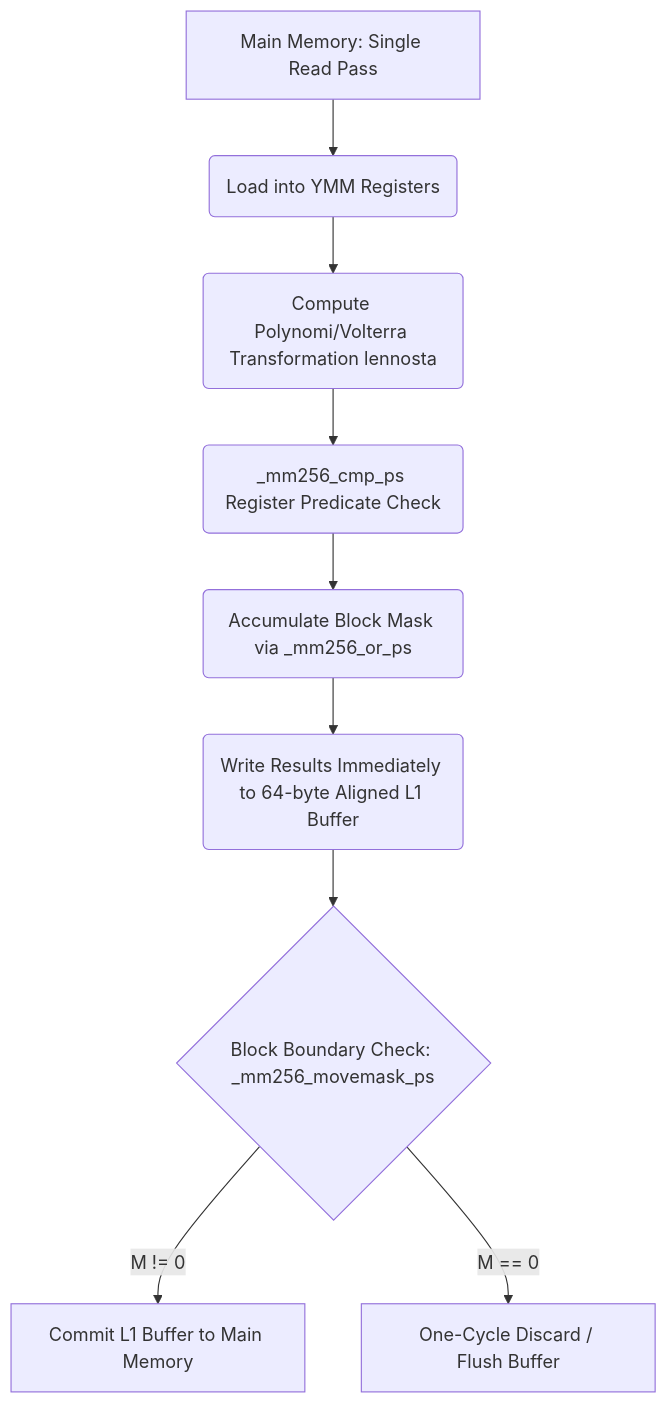
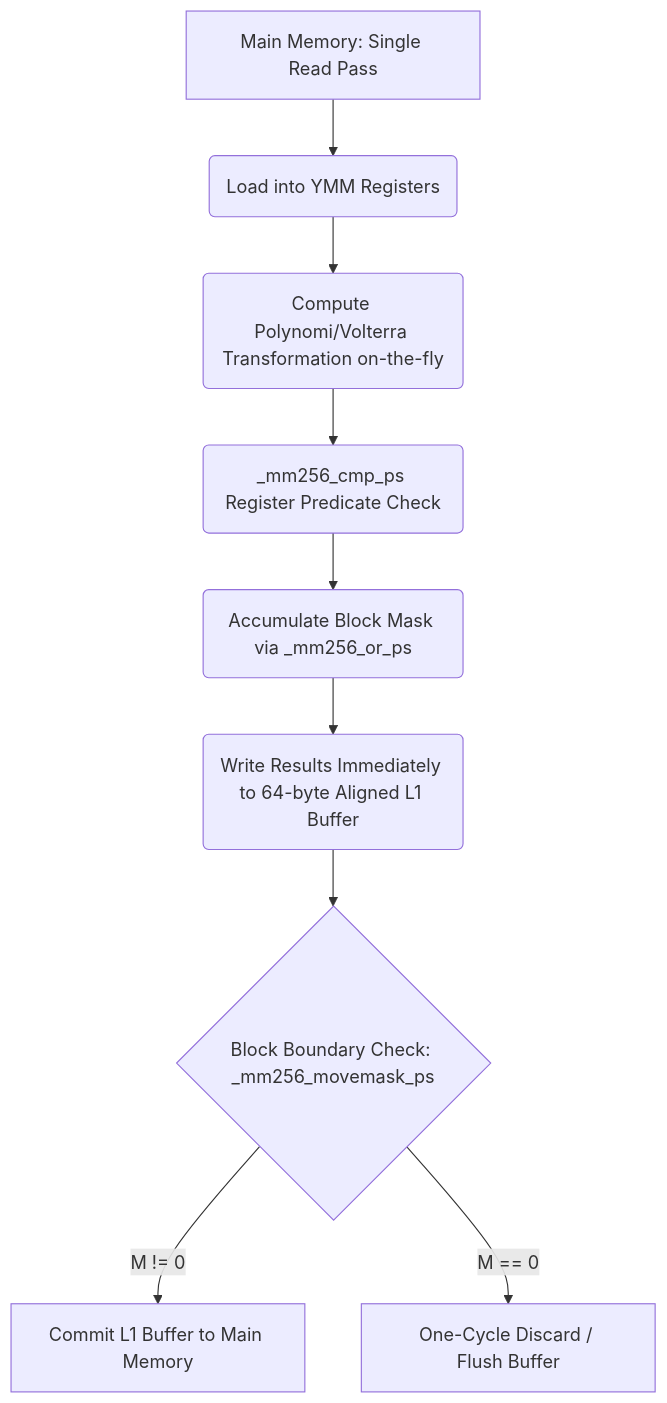
One commit to JuhoArtturiHemminki/PIR7 changed the diagram in README.md. Above: the diagram before and after it, drawn with Mermaid. The commit also changed other lines of this file, not shown here.

````diff
--- a/README.md
+++ b/README.md
@@ -57,11 +57,11 @@
 ```mermaid
 graph TD
     A[Main Memory: Single Read Pass] --> B(Load into YMM Registers)
-    B --> C(Compute Polynomi/Volterra Transformation lennosta)
+    B --> C(Compute Polynomi/Volterra Transformation on-the-fly)
     C --> D(_mm256_cmp_ps Register Predicate Check)
     D --> E(Accumulate Block Mask via _mm256_or_ps)
     E --> F(Write Results Immediately to 64-byte Aligned L1 Buffer)
     F --> G{Block Boundary Check: _mm256_movemask_ps}
     G -- M != 0 --> H[Commit L1 Buffer to Main Memory]
     G -- M == 0 --> I[One-Cycle Discard / Flush Buffer]
 ```
````
